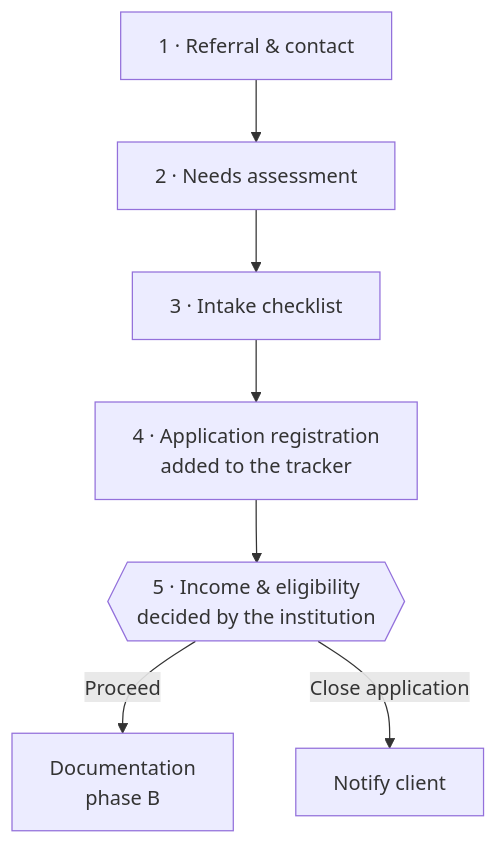
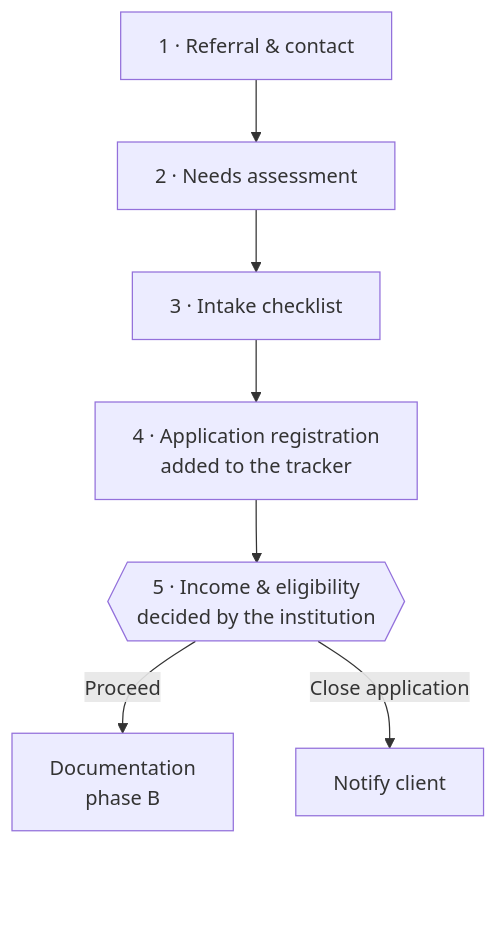
Before and after one commit to CamilaNacli/mortgage-financing-operations: the first of 4 diagrams in docs/workflow.md, drawn with Mermaid.

Commit message:
Keep phase A diagram clear of GitHub zoom controls

````diff
--- a/docs/workflow.md
+++ b/docs/workflow.md
@@ -11,6 +11,10 @@
 ```mermaid
 flowchart TB
     S1["1 · Referral & contact"] --> S2["2 · Needs assessment"] --> S3["3 · Intake checklist"] --> S4["4 · Application registration<br/>added to the tracker"] --> S5{{"5 · Income & eligibility<br/>decided by the institution"}}
     S5 -->|Proceed| P["Documentation<br/>phase B"]
     S5 -->|Close application| X["Notify client"]
+    X ~~~ PAD[" "]
+    P ~~~ PAD2[" "]
+    style PAD fill:none,stroke:none
+    style PAD2 fill:none,stroke:none
 ```
````
